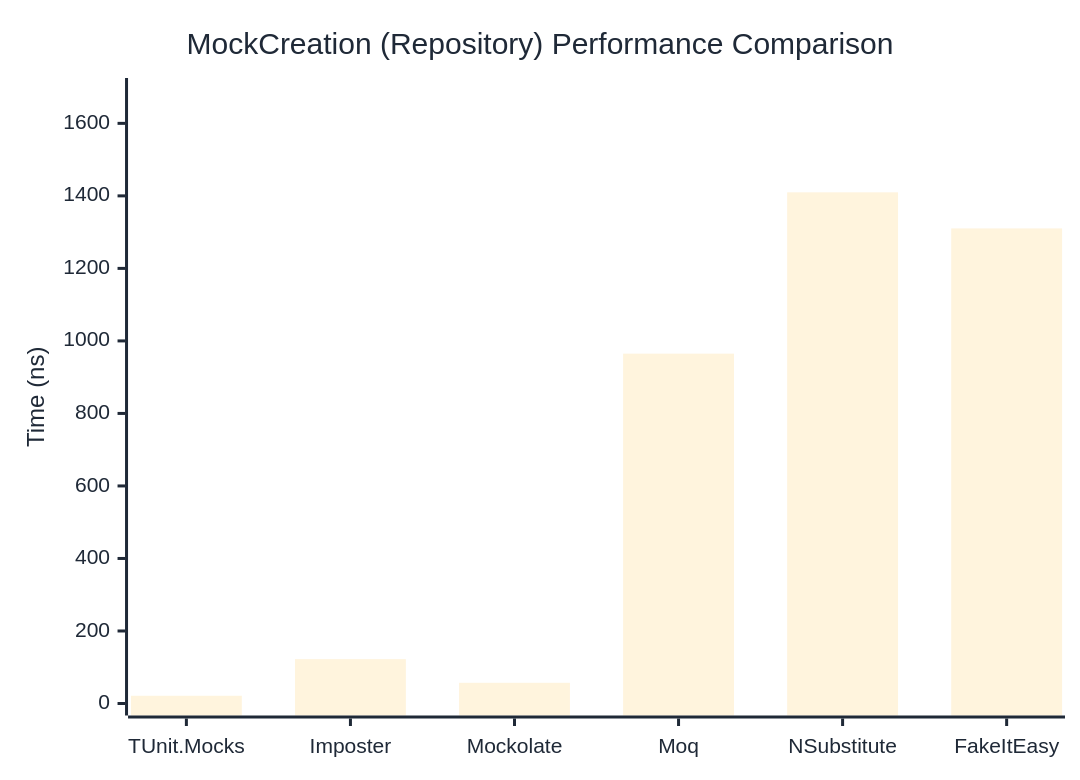
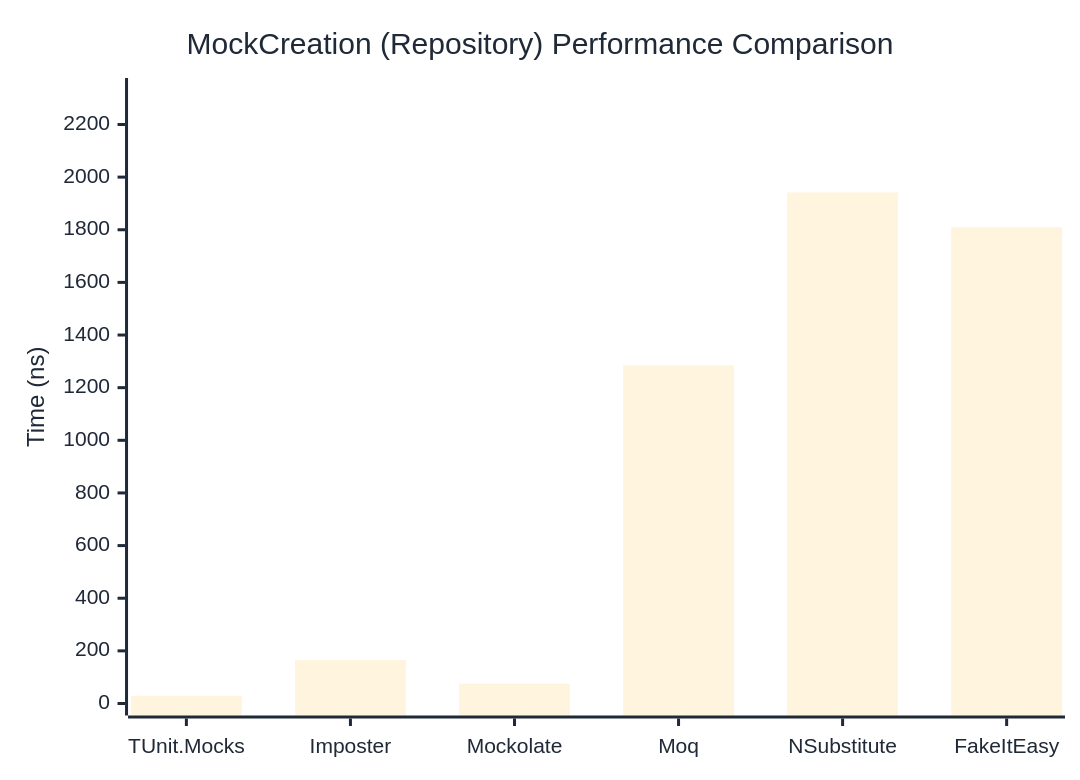
One commit to thomhurst/TUnit changed the second of 2 diagrams in docs/docs/benchmarks/mocks/MockCreation.md. Above: the diagram before and after it, drawn with Mermaid. The commit also changed other lines of this file and 14 other files, not shown here.

````diff
--- a/docs/docs/benchmarks/mocks/MockCreation.md
+++ b/docs/docs/benchmarks/mocks/MockCreation.md
@@ -69,27 +69,27 @@
 ```mermaid
 %%{init: {
   'theme':'base',
   'themeVariables': {
     'primaryColor': '#2563eb',
     'primaryTextColor': '#1f2937',
     'primaryBorderColor': '#1e40af',
     'lineColor': '#6b7280',
     'secondaryColor': '#7c3aed',
     'tertiaryColor': '#dc2626',
     'background': '#ffffff',
     'pie1': '#2563eb',
     'pie2': '#7c3aed',
     'pie3': '#dc2626',
     'pie4': '#f59e0b',
     'pie5': '#10b981',
     'pie6': '#06b6d4',
     'pie7': '#ec4899',
     'pie8': '#6366f1'
   }
 }}%%
 xychart-beta
   title "MockCreation (Repository) Performance Comparison"
   x-axis ["TUnit.Mocks", "Imposter", "Mockolate", "Moq", "NSubstitute", "FakeItEasy"]
-  y-axis "Time (ns)" 0 --> 1692
-  bar [21.36, 122.35, 57.11, 964.91, 1409.8, 1310.27]
+  y-axis "Time (ns)" 0 --> 2331
+  bar [29.12, 165.87, 75.26, 1284.62, 1941.72, 1809.63]
 ```
````
